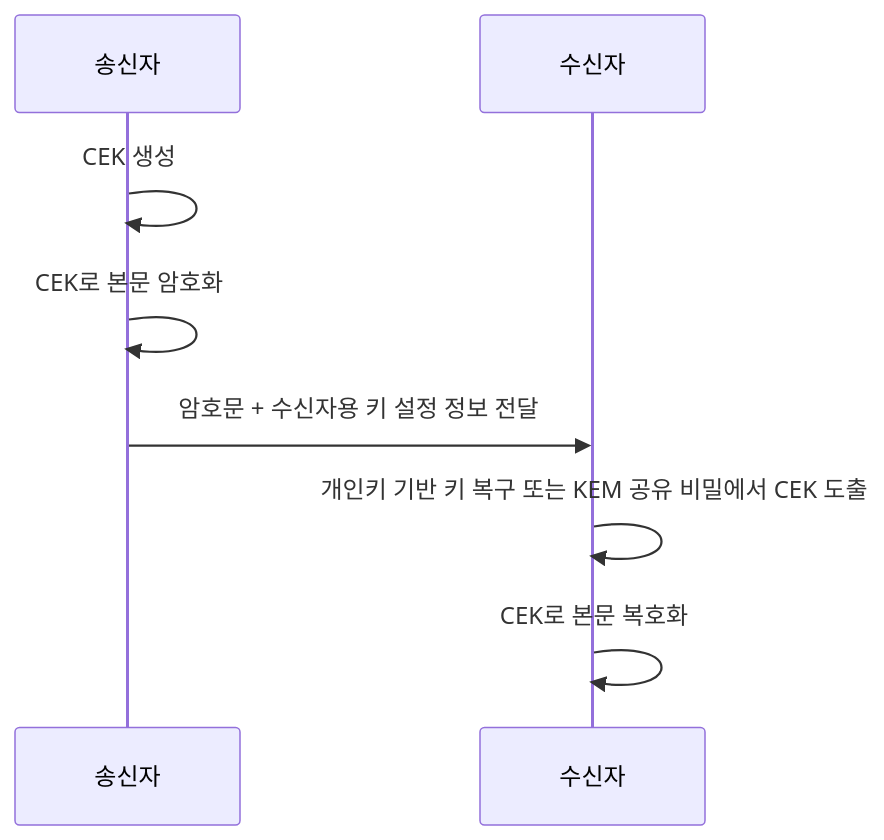
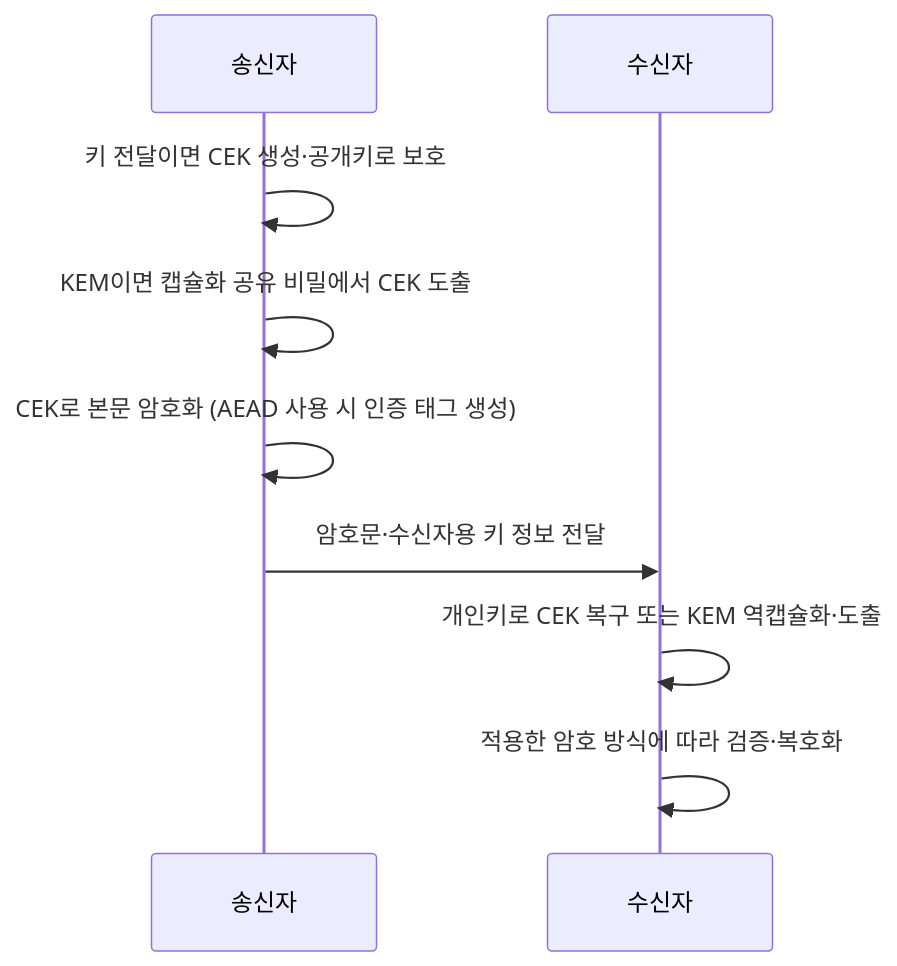
Before and after one commit to agnusdei1207/study: the diagram in src/content/docs/notes/itpe/06-security/078_digital_envelope.md, drawn with Mermaid. The commit also changed other lines of this file and 472 other files, not shown here.

````diff
--- a/src/content/docs/notes/itpe/06-security/078_digital_envelope.md
+++ b/src/content/docs/notes/itpe/06-security/078_digital_envelope.md
@@ -72,10 +72,11 @@
 ```mermaid
 sequenceDiagram
   participant S as 송신자
   participant R as 수신자
-  S->>S: CEK 생성
-  S->>S: CEK로 본문 암호화
-  S->>R: 암호문 + 수신자용 키 설정 정보 전달
-  R->>R: 개인키 기반 키 복구 또는 KEM 공유 비밀에서 CEK 도출
-  R->>R: CEK로 본문 복호화
+  S->>S: 키 전달이면 CEK 생성·공개키로 보호
+  S->>S: KEM이면 캡슐화 공유 비밀에서 CEK 도출
+  S->>S: CEK로 본문 암호화 (AEAD 사용 시 인증 태그 생성)
+  S->>R: 암호문·수신자용 키 정보 전달
+  R->>R: 개인키로 CEK 복구 또는 KEM 역캡슐화·도출
+  R->>R: 적용한 암호 방식에 따라 검증·복호화
 ```
````
